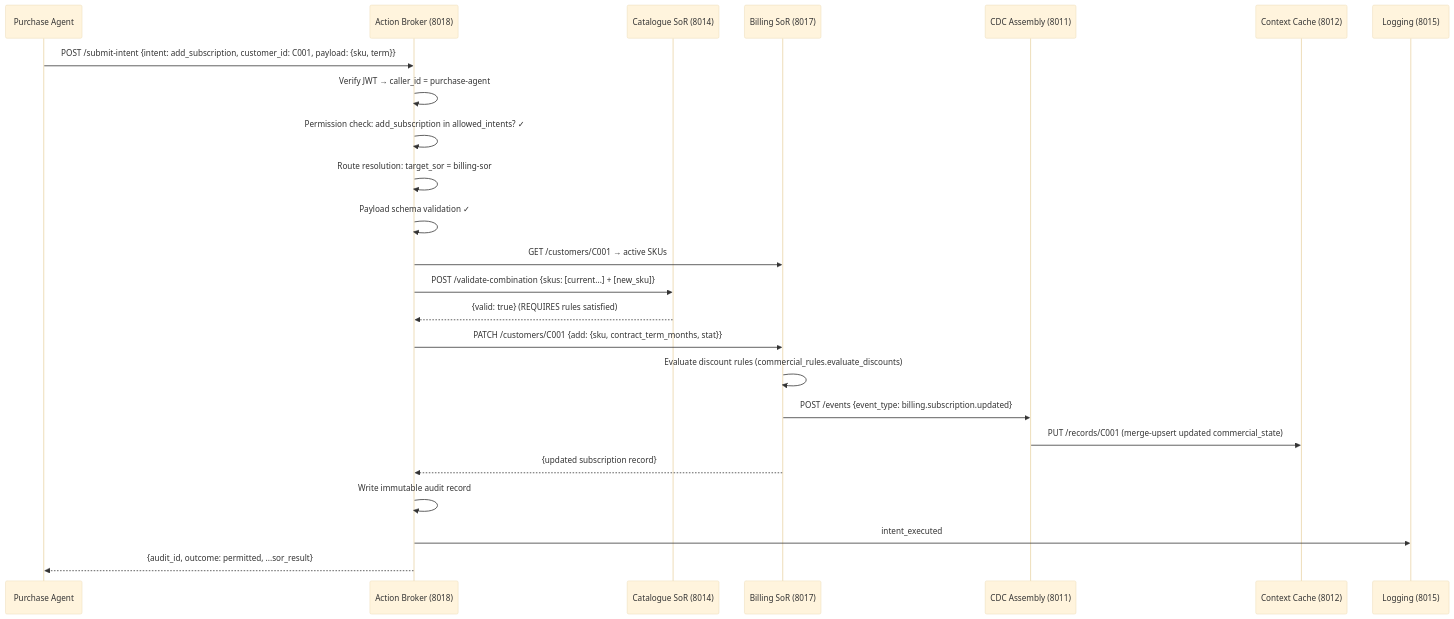
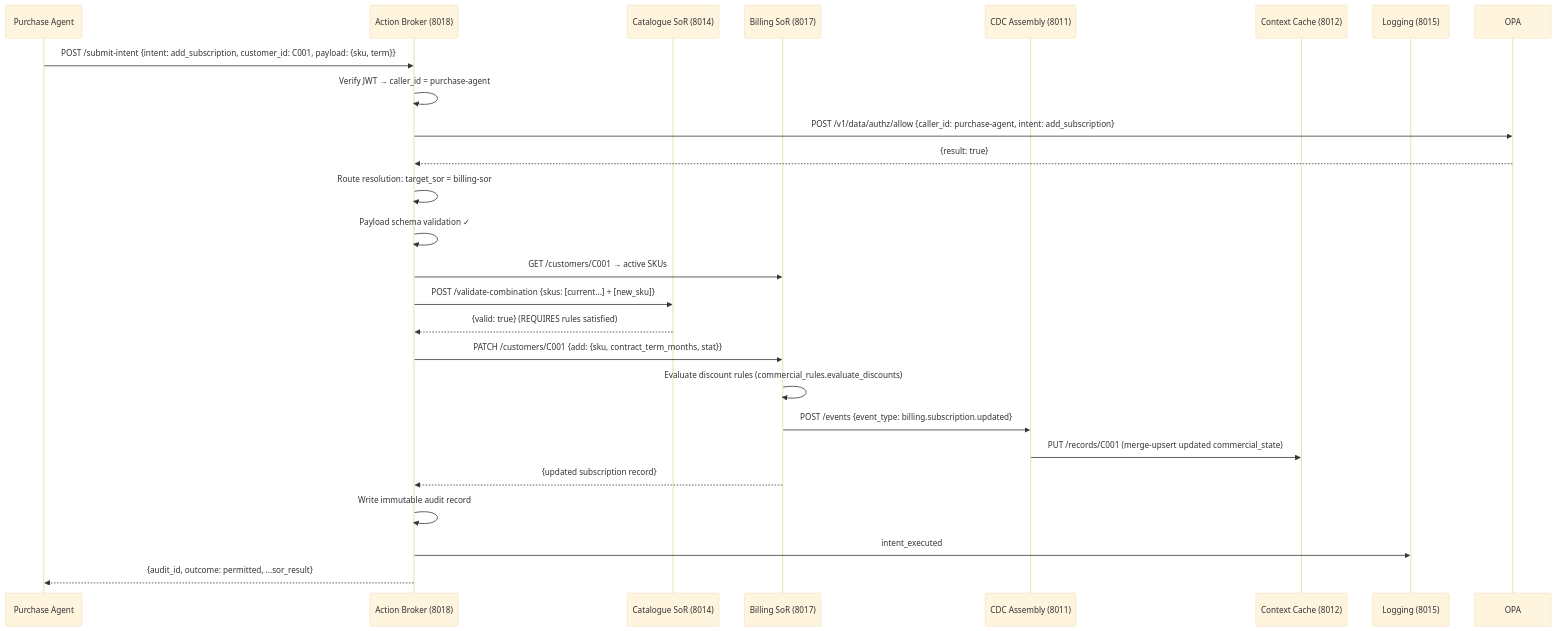
The fifth of 7 diagrams in README.md (welshym/agenticdatalayer), drawn with Mermaid (base theme) before and after one commit. The commit also changed other lines of this file and 10 other files, not shown here.

First line of the commit message:
OPA Phase 1: replace AGENT_PERMISSIONS with Open Policy Agent

````diff
--- a/README.md
+++ b/README.md
@@ -370,27 +372,28 @@
 ```mermaid
 sequenceDiagram
     participant Agent as Purchase Agent
     participant AB as Action Broker (8018)
     participant CAT as Catalogue SoR (8014)
     participant BIL as Billing SoR (8017)
     participant CDC as CDC Assembly (8011)
     participant CC as Context Cache (8012)
     participant LOG as Logging (8015)
 
     Agent->>AB: POST /submit-intent {intent: add_subscription, customer_id: C001, payload: {sku, term}}
     AB->>AB: Verify JWT → caller_id = purchase-agent
-    AB->>AB: Permission check: add_subscription in allowed_intents? ✓
+    AB->>OPA: POST /v1/data/authz/allow {caller_id: purchase-agent, intent: add_subscription}
+    OPA-->>AB: {result: true}
     AB->>AB: Route resolution: target_sor = billing-sor
     AB->>AB: Payload schema validation ✓
     AB->>BIL: GET /customers/C001 → active SKUs
     AB->>CAT: POST /validate-combination {skus: [current...] + [new_sku]}
     CAT-->>AB: {valid: true} (REQUIRES rules satisfied)
     AB->>BIL: PATCH /customers/C001 {add: {sku, contract_term_months, stat}}
     BIL->>BIL: Evaluate discount rules (commercial_rules.evaluate_discounts)
     BIL->>CDC: POST /events {event_type: billing.subscription.updated}
     CDC->>CC: PUT /records/C001 (merge-upsert updated commercial_state)
     BIL-->>AB: {updated subscription record}
     AB->>AB: Write immutable audit record
     AB->>LOG: intent_executed
     AB-->>Agent: {audit_id, outcome: permitted, ...sor_result}
 ```
````
